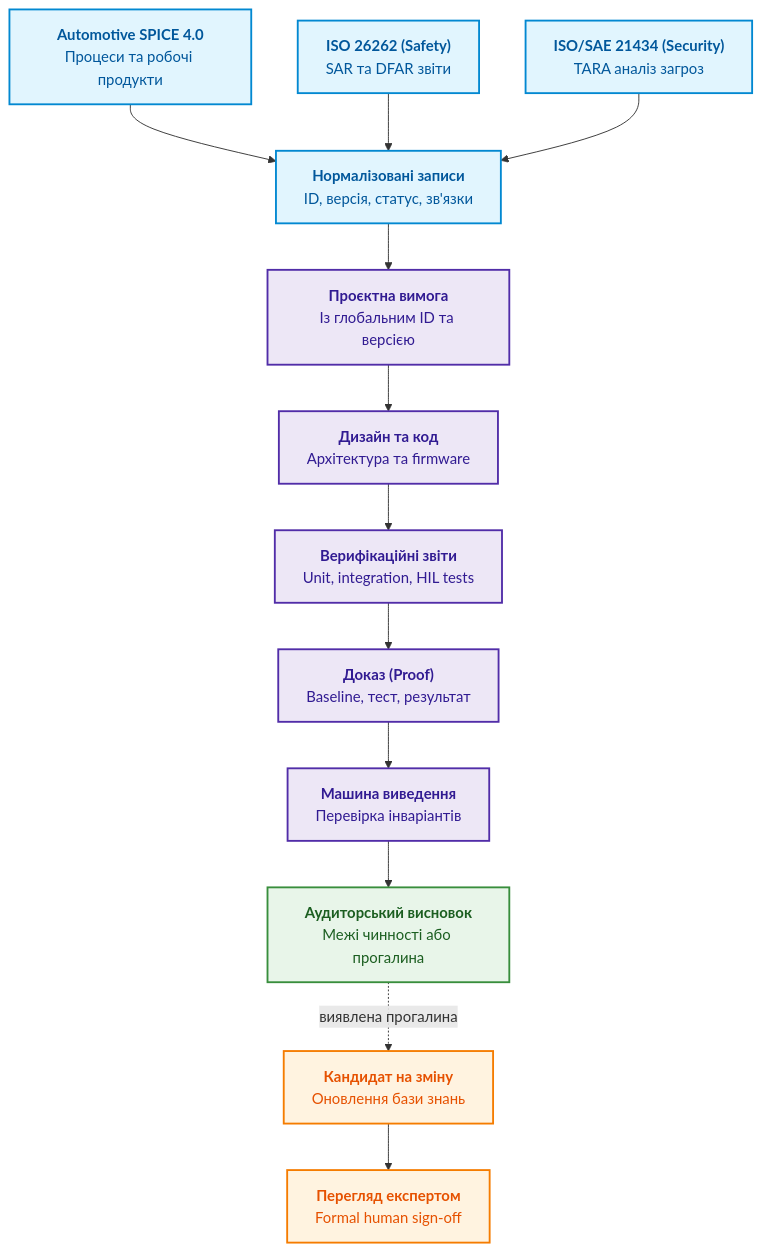
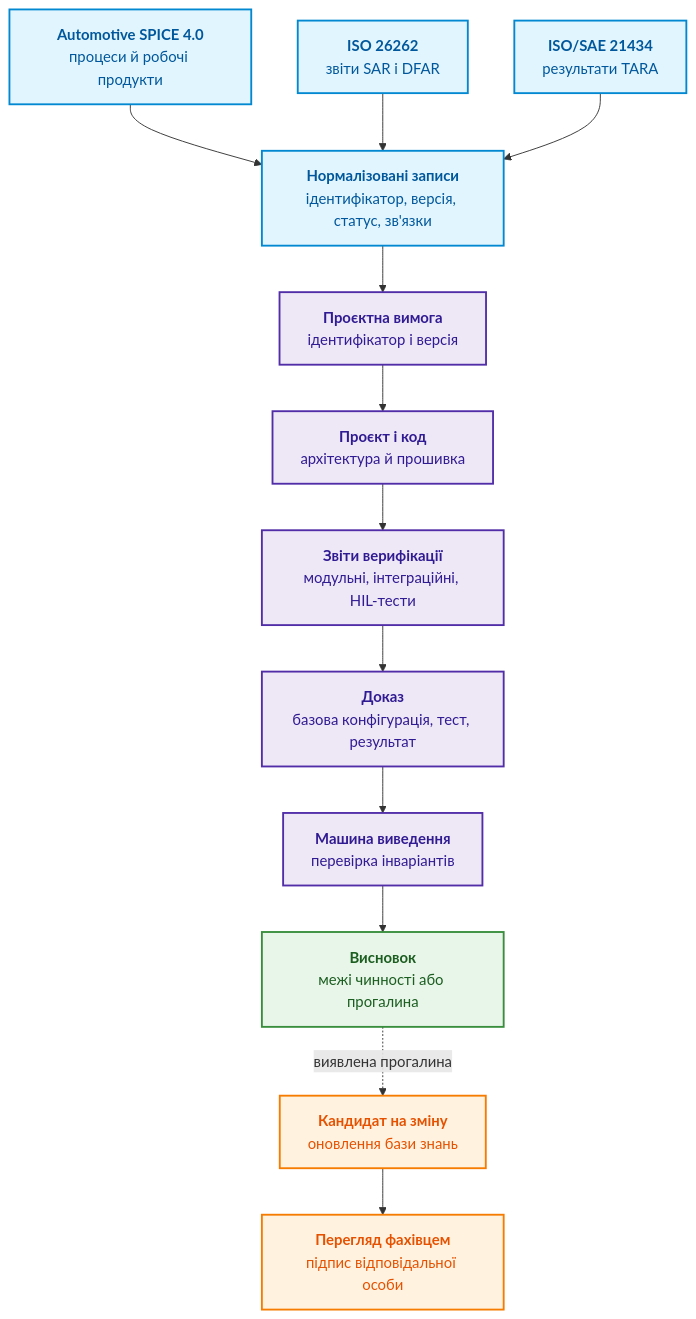
The third of 6 diagrams in ExpertSystem/ch25-how-expert-systems-learn.md (nick-fedchik/articles), drawn with Mermaid before and after one commit. The commit also changed other lines of this file, not shown here.

````diff
--- a/ExpertSystem/ch25-how-expert-systems-learn.md
+++ b/ExpertSystem/ch25-how-expert-systems-learn.md
@@ -538,27 +216,27 @@
 ```mermaid
 flowchart TB
-    accTitle: Трасування інженерних артефактів Automotive до доказів
-    accDescr: Інтеграція ASPICE, ISO 26262 та ISO/SAE 21434 у нормалізовані записи ЕС і формальні докази.
+    accTitle: Трасування автомобільних артефактів до доказів
+    accDescr: Робочі продукти Automotive SPICE, звіти SAR і DFAR за ISO 26262 та результати TARA за ISO/SAE 21434 стають нормалізованими записами, які машина виведення простежує до вимоги, реалізації, перевірки й доказу.
 
-    ASPICE["<b>Automotive SPICE 4.0</b><br/>Процеси та робочі продукти"] --> Records["<b>Нормалізовані записи</b><br/>ID, версія, статус, зв'язки"]
-    Safety["<b>ISO 26262 (Safety)</b><br/>SAR та DFAR звіти"] --> Records
-    Cyber["<b>ISO/SAE 21434 (Security)</b><br/>TARA аналіз загроз"] --> Records
-    Records --> Requirement["<b>Проєктна вимога</b><br/>Із глобальним ID та версією"]
-    Requirement --> Design["<b>Дизайн та код</b><br/>Архітектура та firmware"]
-    Design --> Verification["<b>Верифікаційні звіти</b><br/>Unit, integration, HIL tests"]
-    Verification --> Proof["<b>Доказ (Proof)</b><br/>Baseline, тест, результат"]
-    Proof --> Inference["<b>Машина виведення</b><br/>Перевірка інваріантів"]
-    Inference --> Assessment["<b>Аудиторський висновок</b><br/>Межі чинності або прогалина"]
-    Assessment -.->|"виявлена прогалина"| Candidate["<b>Кандидат на зміну</b><br/>Оновлення бази знань"]
-    Candidate --> Review["<b>Перегляд експертом</b><br/>Formal human sign-off"]
+    ASPICE["<b>Automotive SPICE 4.0</b><br/>процеси й робочі продукти"] --> Records["<b>Нормалізовані записи</b><br/>ідентифікатор, версія, статус, зв'язки"]
+    Safety["<b>ISO 26262</b><br/>звіти SAR і DFAR"] --> Records
+    Cyber["<b>ISO/SAE 21434</b><br/>результати TARA"] --> Records
+    Records --> Requirement["<b>Проєктна вимога</b><br/>ідентифікатор і версія"]
+    Requirement --> Design["<b>Проєкт і код</b><br/>архітектура й прошивка"]
+    Design --> Verification["<b>Звіти верифікації</b><br/>модульні, інтеграційні, HIL-тести"]
+    Verification --> Proof["<b>Доказ</b><br/>базова конфігурація, тест, результат"]
+    Proof --> Inference["<b>Машина виведення</b><br/>перевірка інваріантів"]
+    Inference --> Assessment["<b>Висновок</b><br/>межі чинності або прогалина"]
+    Assessment -.->|"виявлена прогалина"| Candidate["<b>Кандидат на зміну</b><br/>оновлення бази знань"]
+    Candidate --> Review["<b>Перегляд фахівцем</b><br/>підпис відповідальної особи"]
 
     classDef src fill:#e1f5fe,stroke:#0288d1,stroke-width:2px,color:#01579b;
     classDef pipe fill:#ede7f6,stroke:#512da8,stroke-width:2px,color:#311b92;
     classDef res fill:#e8f5e9,stroke:#388e3c,stroke-width:2px,color:#1b5e20;
     classDef loop fill:#fff3e0,stroke:#f57c00,stroke-width:2px,color:#e65100;
 
     class ASPICE,Safety,Cyber,Records src;
     class Requirement,Design,Verification,Proof,Inference pipe;
     class Assessment res;
     class Candidate,Review loop;
 ```
````
